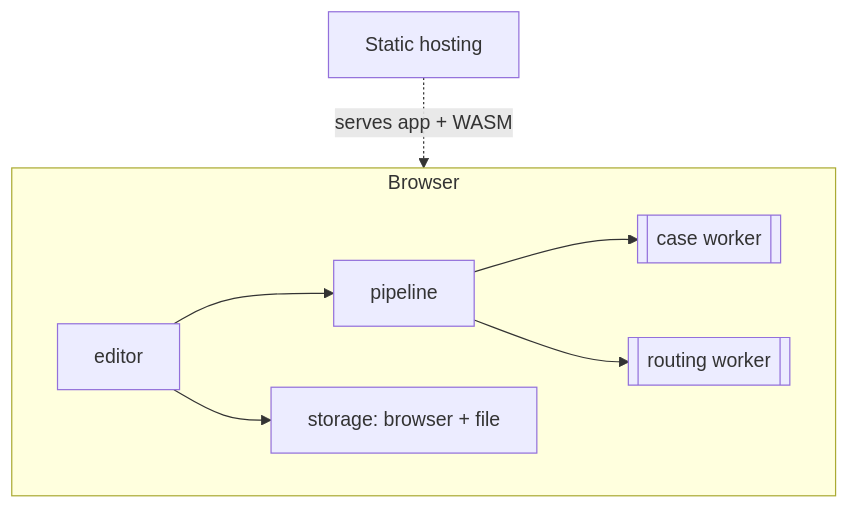
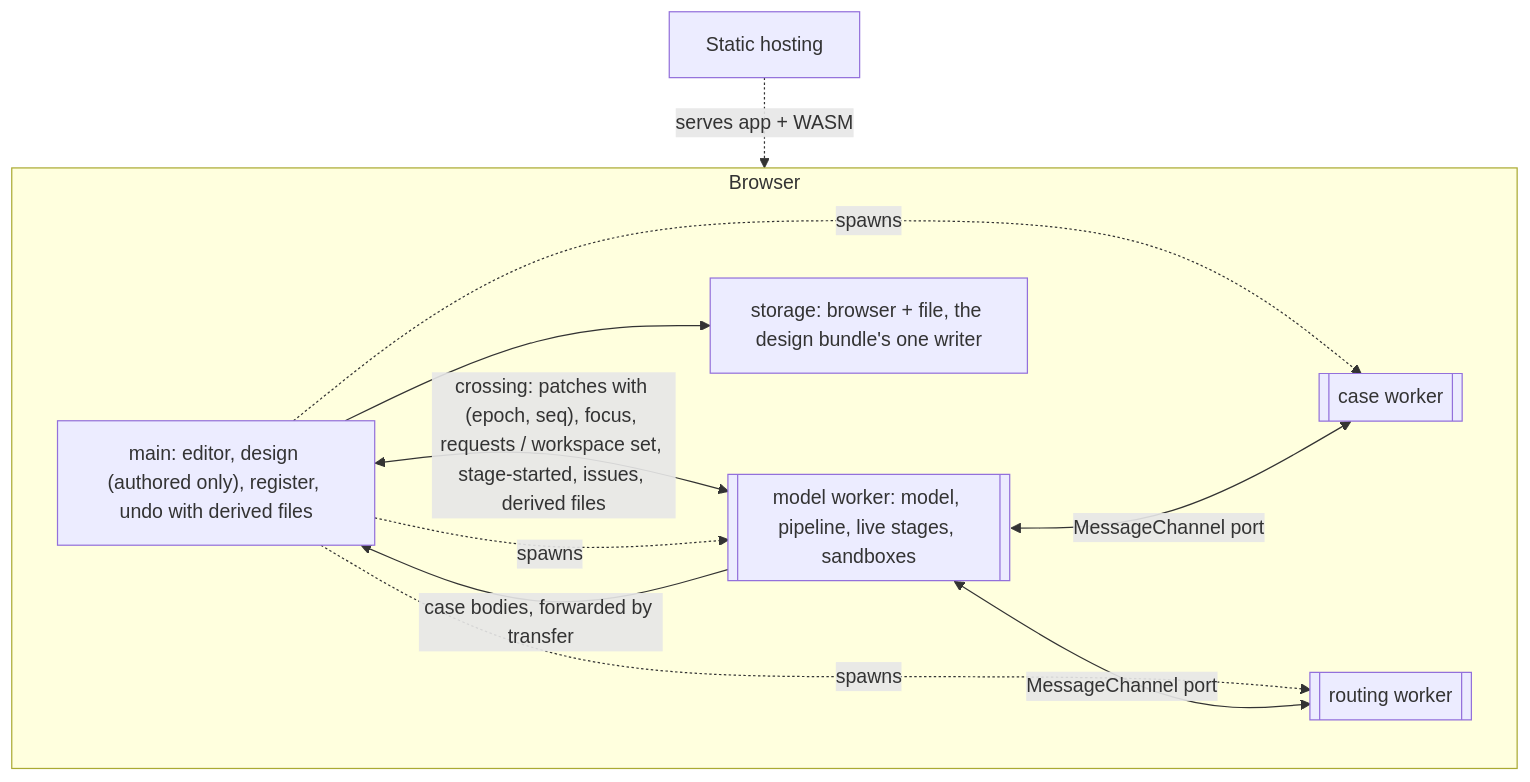
The fourth of 4 diagrams in _bmad-output/architecture-keeb-cad-layout-model/architecture-keeb-cad-layout-model.md (KeebCAD/keeb-cad), drawn with Mermaid before and after one commit. The commit also changed other lines of this file and 6 other files, not shown here.

First line of the commit message:
docs: move live stages into a model worker in the spine

````diff
--- a/_bmad-output/architecture-keeb-cad-layout-model/architecture-keeb-cad-layout-model.md
+++ b/_bmad-output/architecture-keeb-cad-layout-model/architecture-keeb-cad-layout-model.md
@@ -840,10 +892,12 @@
 ```mermaid
 graph TD
   subgraph Browser
-    E[editor] --> P[pipeline]
-    P --> W1[[case worker]]
-    P --> W2[[routing worker]]
-    E --> ST[storage: browser + file]
+    E["main: editor, design (authored only), register, undo with derived files"] <-->|"crossing: patches with (epoch, seq), focus, requests / workspace set, stage-started, issues, derived files"| MW[["model worker: model, pipeline, live stages, sandboxes"]]
+    E -.->|spawns| MW & W1 & W2
+    MW <-->|MessageChannel port| W1[[case worker]]
+    MW <-->|MessageChannel port| W2[[routing worker]]
+    MW -->|case bodies, forwarded by transfer| E
+    E --> ST["storage: browser + file, the design bundle's one writer"]
   end
   H[Static hosting] -.serves app + WASM.-> Browser
 ```
````
